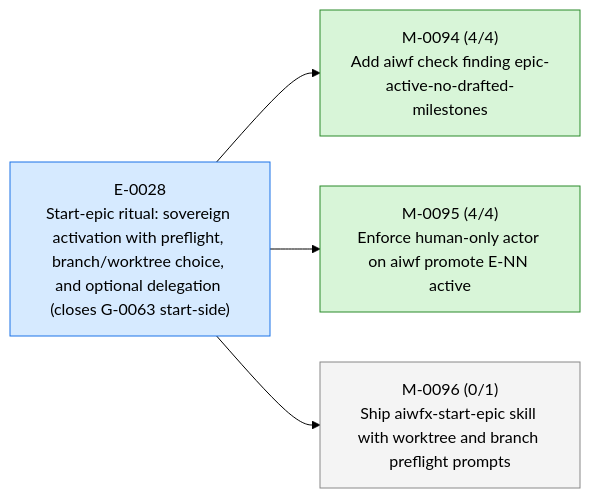
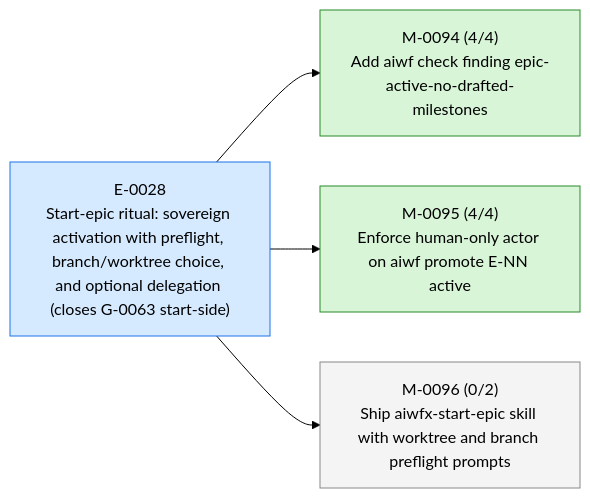
One commit to 23min/aiwf changed the first of 3 diagrams in STATUS.md. Above: the diagram before and after it, drawn with Mermaid (forest theme). The commit also changed other lines of this file and 1 other file, not shown here.

First line of the commit message:
aiwf add ac M-0096/AC-2 "Worktree-placement prompt is heading-scoped Q&A with three named options"

````diff
--- a/STATUS.md
+++ b/STATUS.md
@@ -15,16 +15,16 @@
 ```mermaid
 flowchart LR
   E_0028["E-0028<br/>Start-epic ritual: sovereign activation with preflight, branch/worktree choice, and optional delegation (closes G-0063 start-side)"]:::epic_active
   M_0094["M-0094 (4/4)<br/>Add aiwf check finding epic-active-no-drafted-milestones"]:::ms_done
   E_0028 --> M_0094
   M_0095["M-0095 (4/4)<br/>Enforce human-only actor on aiwf promote E-NN active"]:::ms_done
   E_0028 --> M_0095
-  M_0096["M-0096 (0/1)<br/>Ship aiwfx-start-epic skill with worktree and branch preflight prompts"]:::ms_draft
+  M_0096["M-0096 (0/2)<br/>Ship aiwfx-start-epic skill with worktree and branch preflight prompts"]:::ms_draft
   E_0028 --> M_0096
   classDef epic_active fill:#d6eaff,stroke:#1a73e8,color:#000
   classDef epic_proposed fill:#f4f4f4,stroke:#888,color:#000
   classDef ms_done fill:#d8f5d8,stroke:#2a8a2a,color:#000
   classDef ms_in_progress fill:#fff3c4,stroke:#caa400,color:#000
   classDef ms_draft fill:#f4f4f4,stroke:#888,color:#000
   classDef ms_cancelled fill:#fbeaea,stroke:#c33,color:#000
 ```
````
